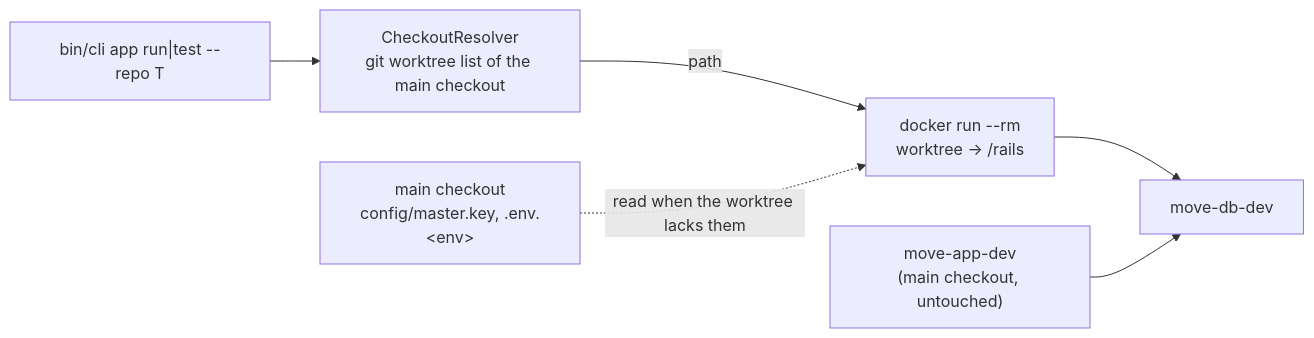
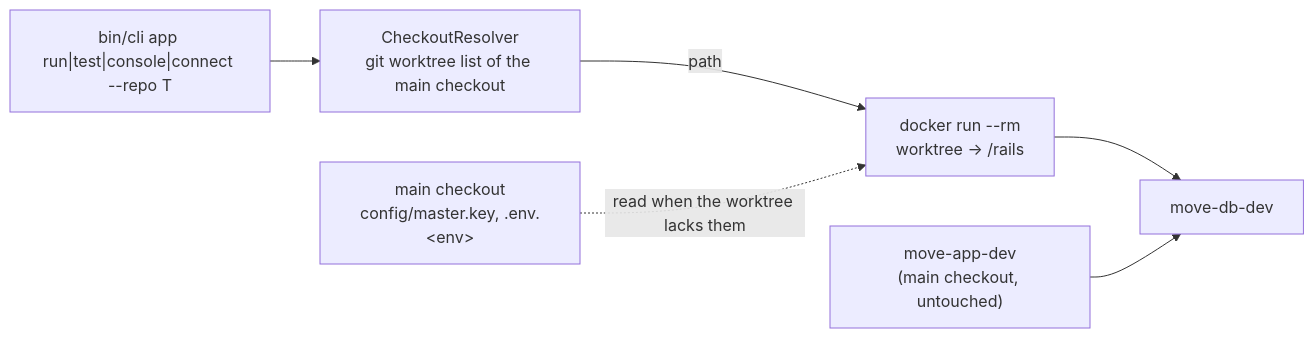
One commit to joel/move changed the second of 3 diagrams in doc/project/local-edge.md. Above: the diagram before and after it, drawn with Mermaid. The commit also changed other lines of this file and 1 other file, not shown here.

First line of the commit message:
Document worktree console/connect, system specs and a browser-serving proposal

````diff
--- a/doc/project/local-edge.md
+++ b/doc/project/local-edge.md
@@ -74,8 +77,8 @@
 ```mermaid
 flowchart LR
-  CLI["bin/cli app run|test --repo T"] --> RES["CheckoutResolver<br/>git worktree list of the main checkout"]
+  CLI["bin/cli app run|test|console|connect --repo T"] --> RES["CheckoutResolver<br/>git worktree list of the main checkout"]
   RES -->|"path"| RUN["docker run --rm<br/>worktree → /rails"]
   MAIN["main checkout<br/>config/master.key, .env.&lt;env&gt;"] -.->|"read when the worktree lacks them"| RUN
   RUN --> DB["move-db-dev"]
   DEV["move-app-dev<br/>(main checkout, untouched)"] --> DB
 ```
````
